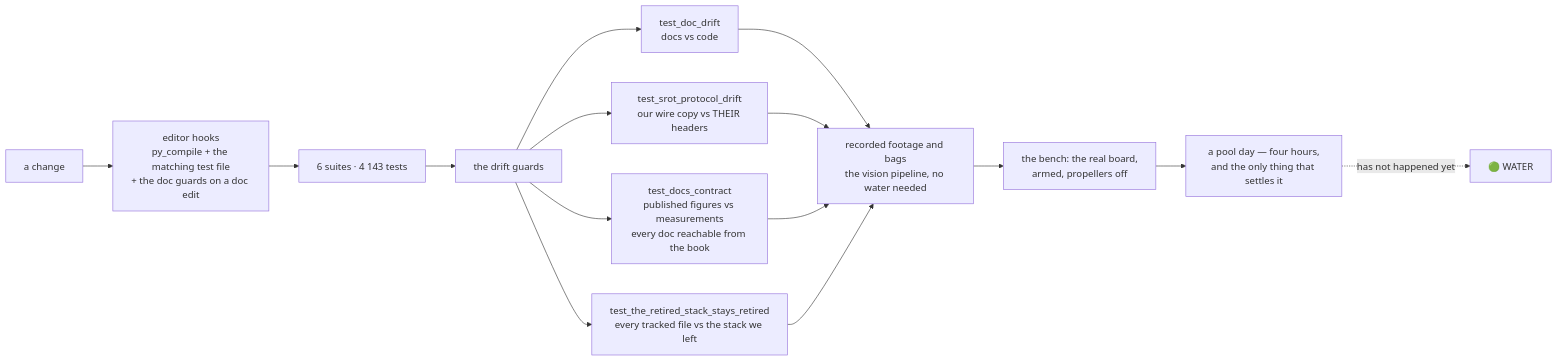
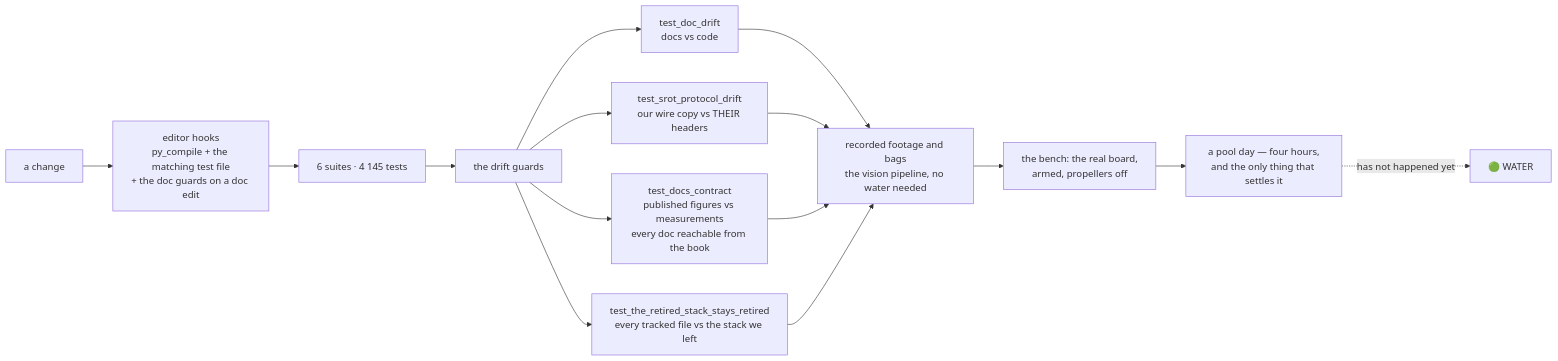
Before and after one commit to fh1m/mongla_ws: the ninth of 10 diagrams in README.md, drawn with Mermaid. The commit also changed other lines of this file and 16 other files, not shown here.

First line of the commit message:
refactor(vision): FlowVelocityNode is one class in five files

````diff
--- a/README.md
+++ b/README.md
@@ -788,17 +788,17 @@
 ```mermaid
 flowchart LR
     DEV["a change"] --> HOOK["editor hooks<br/>py_compile + the matching test file<br/>+ the doc guards on a doc edit"]
-    HOOK --> UNIT["6 suites · 4 143 tests"]
+    HOOK --> UNIT["6 suites · 4 145 tests"]
     UNIT --> GUARD["the drift guards"]
     GUARD --> G1["test_doc_drift<br/>docs vs code"]
     GUARD --> G2["test_srot_protocol_drift<br/>our wire copy vs THEIR headers"]
     GUARD --> G3["test_docs_contract<br/>published figures vs measurements<br/>every doc reachable from the book"]
     GUARD --> G4["test_the_retired_stack_stays_retired<br/>every tracked file vs the stack we left"]
     G1 --> REPLAY["recorded footage and bags<br/>the vision pipeline, no water needed"]
     G2 --> REPLAY
     G3 --> REPLAY
     G4 --> REPLAY
     REPLAY --> BENCH["the bench: the real board,<br/>armed, propellers off"]
     BENCH --> POOL["a pool day — four hours,<br/>and the only thing that settles it"]
     POOL -.->|"has not happened yet"| WATER["🟢 WATER"]
 ```
````
